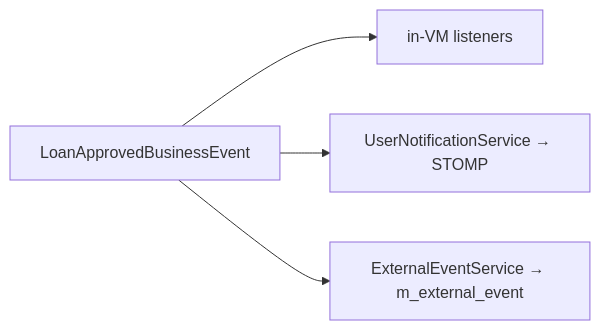
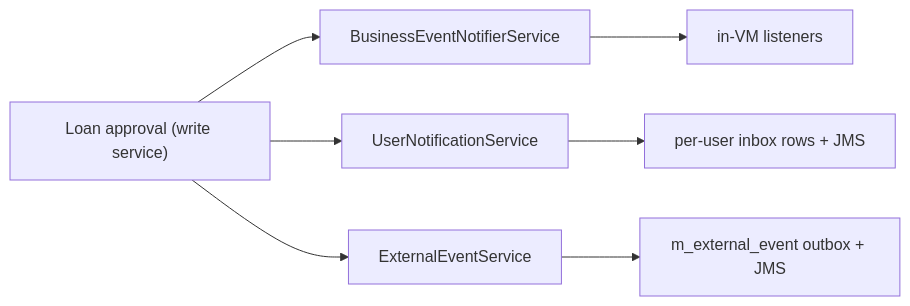
Before and after one commit to mintlify-atlas/docs-wiki-e7c34b87: the second of 2 diagrams in core/notification-data.mdx, drawn with Mermaid. The commit also changed other lines of this file and 203 other files, not shown here.

````diff
--- a/core/notification-data.mdx
+++ b/core/notification-data.mdx
@@ -176,6 +209,13 @@
 ```mermaid
 flowchart LR
-    A[LoanApprovedBusinessEvent] --> B[in-VM listeners]
-    A --> N[UserNotificationService → STOMP]
-    A --> E[ExternalEventService → m_external_event]
+    A["Loan approval (write service)"]
+    B["BusinessEventNotifierService"]
+    N["UserNotificationService"]
+    E["ExternalEventService"]
+    L1["in-VM listeners"]
+    L2["per-user inbox rows + JMS"]
+    L3["m_external_event outbox + JMS"]
+    A --> B --> L1
+    A --> N --> L2
+    A --> E --> L3
 ```
````
